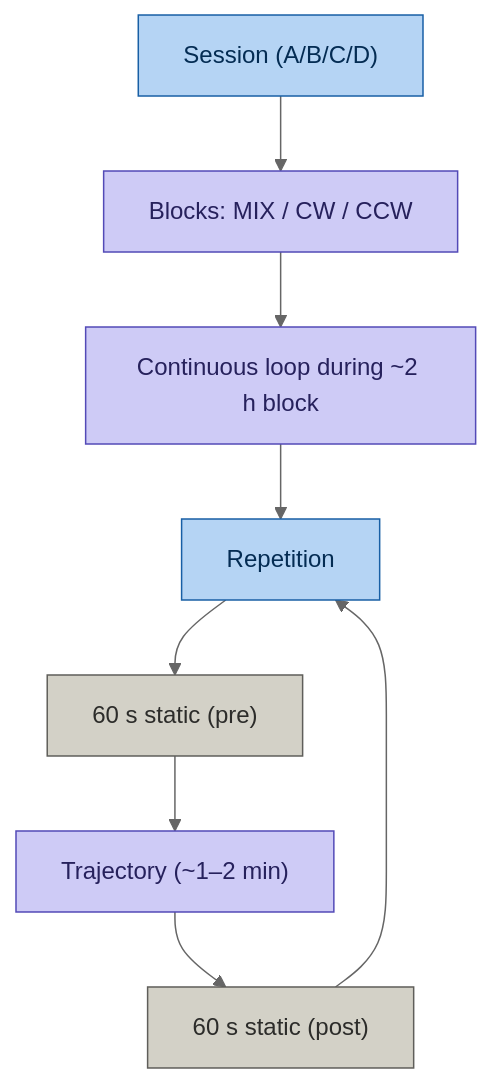
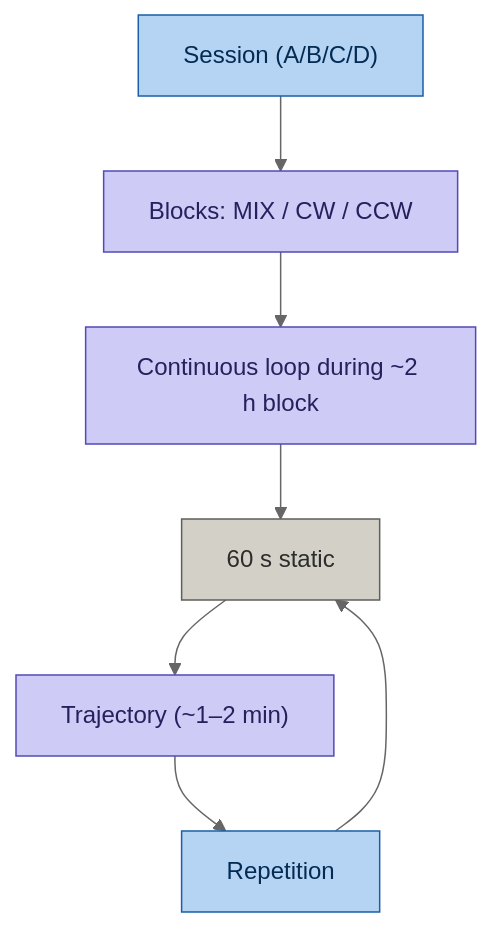
The second of 3 diagrams in docs/EXPERIMENTAL_DESIGN.md (Narcis-Abella/slam-sensor-metrological-validation), drawn with Mermaid (neutral theme) before and after one commit.

Commit message:
Simplify repetition loop diagram in experimental design.
This updates the Mermaid flowchart to use a single static node in the cycle and a clearer repetition transition.

Made-with: Cursor

````diff
--- a/docs/EXPERIMENTAL_DESIGN.md
+++ b/docs/EXPERIMENTAL_DESIGN.md
@@ -134,14 +134,13 @@
 ```mermaid
 flowchart TD
     classDef session  fill:#B5D4F4,stroke:#185FA5,color:#042C53
     classDef traj     fill:#CECBF6,stroke:#534AB7,color:#26215C
     classDef static   fill:#D3D1C7,stroke:#5F5E5A,color:#2C2C2A
 
     SESSION["Session (A/B/C/D)"]:::session --> BLOCKS["Blocks: MIX / CW / CCW"]:::traj
     BLOCKS --> LOOP["Continuous loop during ~2 h block"]:::traj
-    LOOP --> REP["Repetition"]:::session
-    REP --> PRE["60 s static (pre)"]:::static
+    LOOP --> PRE["60 s static"]:::static
     PRE --> TRAJ["Trajectory (~1–2 min)"]:::traj
-    TRAJ --> POST["60 s static (post)"]:::static
-    POST --> REP
+    TRAJ --> REP["Repetition"]:::session
+    REP --> PRE
 ```
````
